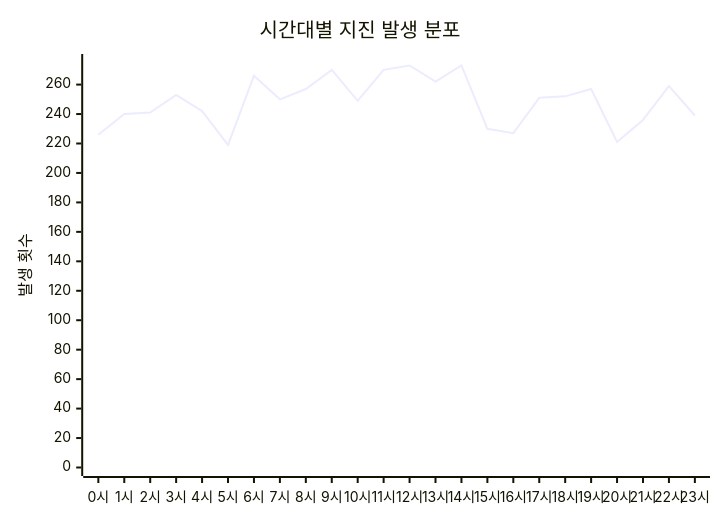
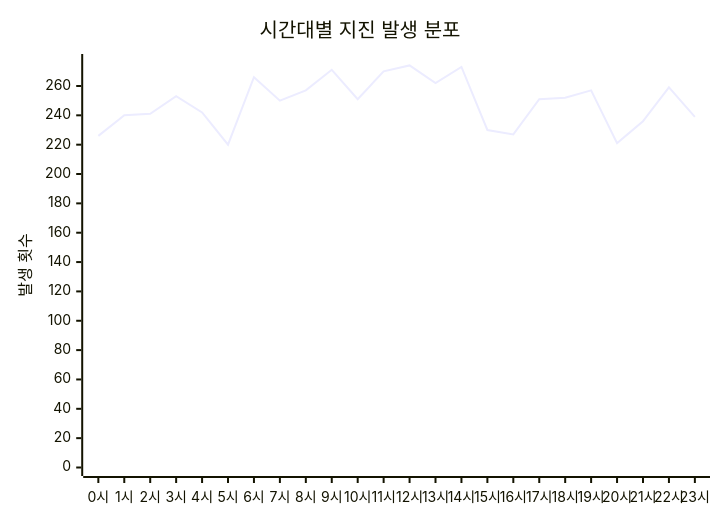
One commit to serendip811/japan-eq changed the diagram in charts/time-chart.md. Above: the diagram before and after it, drawn with Mermaid. The commit also changed other lines of this file and 6 other files, not shown here.

Commit message:
Update earthquake data and charts Thu Nov 26 14:41:40 UTC 2026

````diff
--- a/charts/time-chart.md
+++ b/charts/time-chart.md
@@ -3,7 +3,7 @@
 ```mermaid
 xychart-beta
     title "시간대별 지진 발생 분포"
     x-axis ["0시", "1시", "2시", "3시", "4시", "5시", "6시", "7시", "8시", "9시", "10시", "11시", "12시", "13시", "14시", "15시", "16시", "17시", "18시", "19시", "20시", "21시", "22시", "23시"]
-    y-axis "발생 횟수" 0 --> 275
-    line [226, 240, 241, 253, 242, 219, 266, 250, 257, 270, 249, 270, 273, 262, 273, 230, 227, 251, 252, 257, 221, 236, 259, 239]
+    y-axis "발생 횟수" 0 --> 276
+    line [226, 240, 241, 253, 242, 220, 266, 250, 257, 271, 251, 270, 274, 262, 273, 230, 227, 251, 252, 257, 221, 236, 259, 239]
 ```
````
